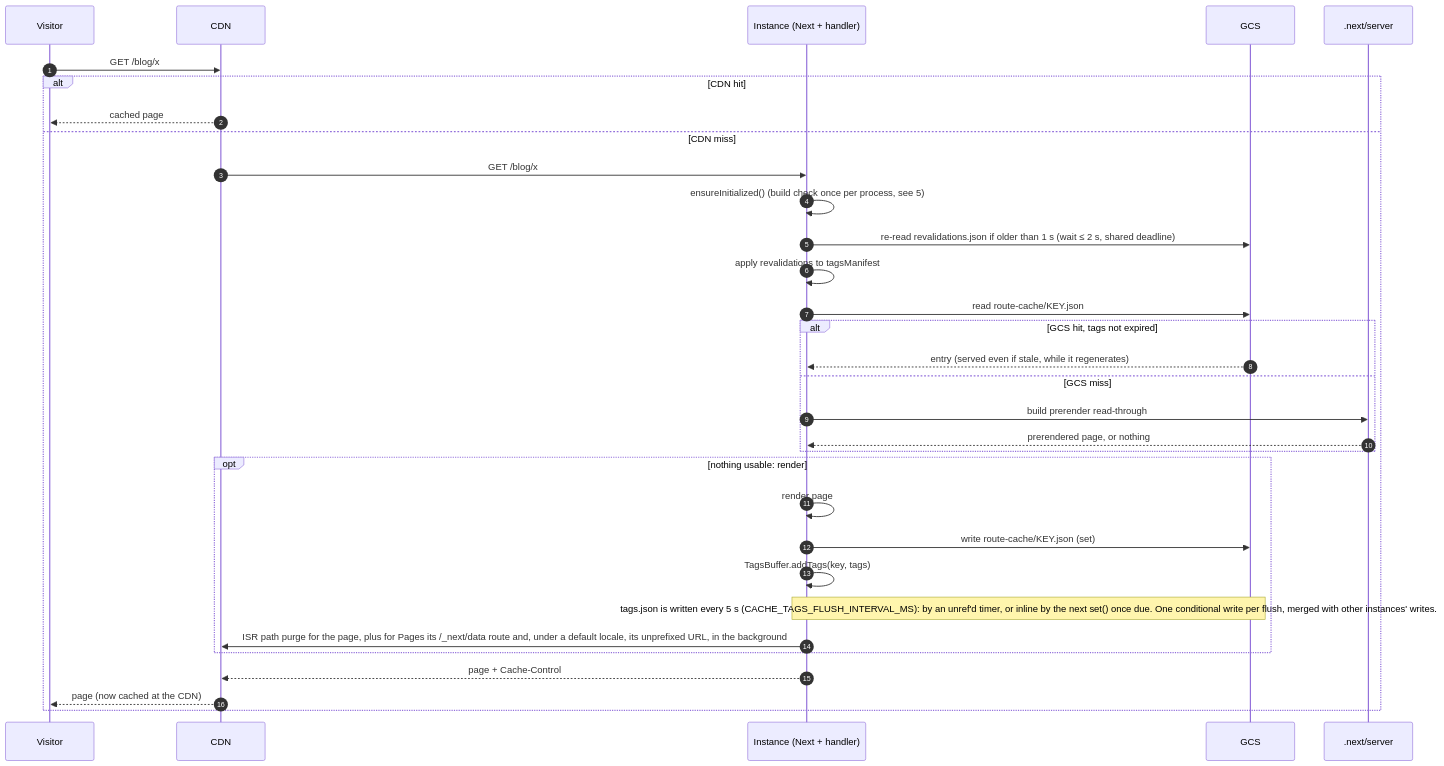
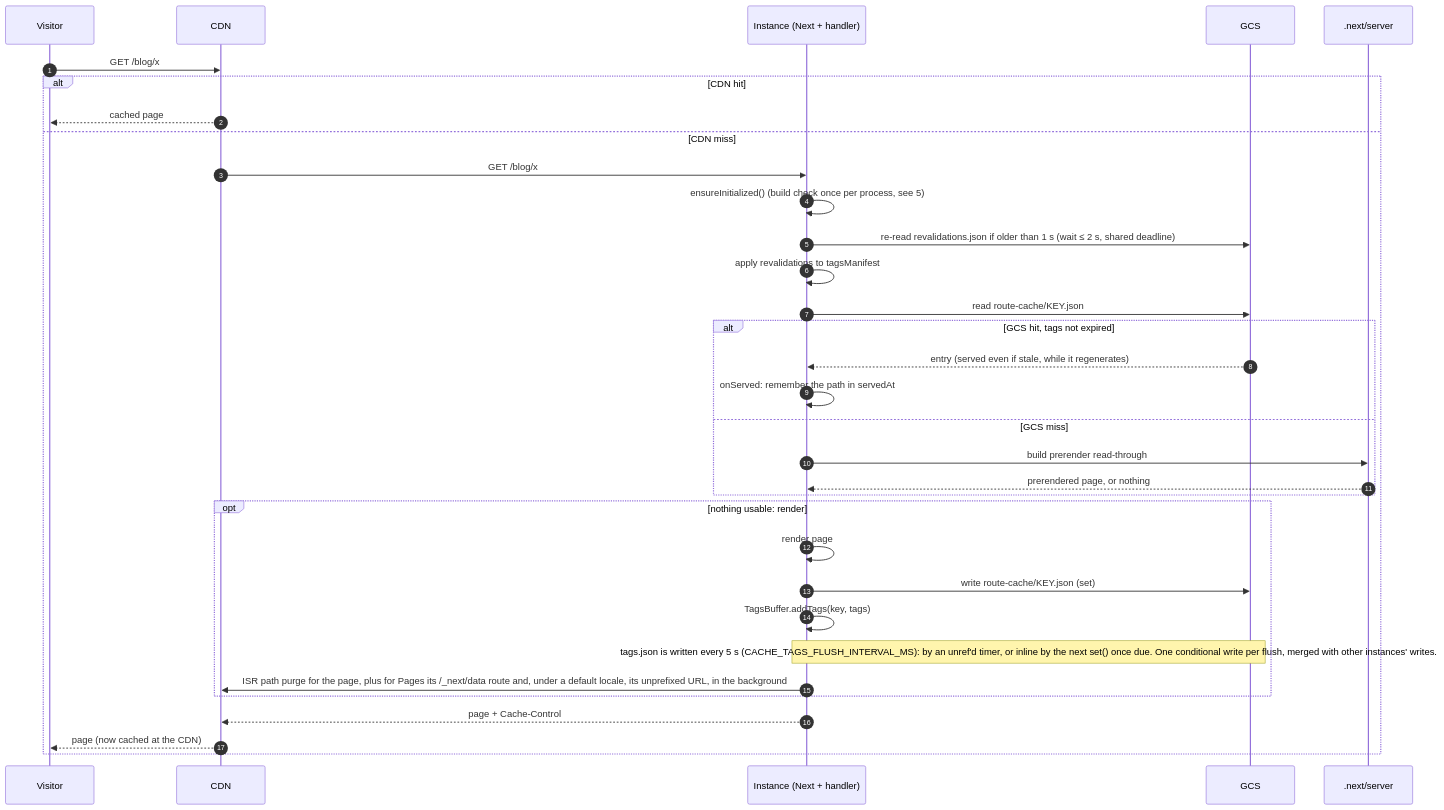
The second of 5 diagrams in ARCHITECTURE.md (pantheon-systems/nextjs-cache-handler), drawn with Mermaid before and after one commit. The commit also changed other lines of this file and 13 other files, not shown here.

````diff
--- a/ARCHITECTURE.md
+++ b/ARCHITECTURE.md
@@ -57,35 +65,36 @@
 ```mermaid
 sequenceDiagram
   autonumber
   participant V as Visitor
   participant CDN
   participant B as Instance (Next + handler)
   participant G as GCS
   participant FS as .next/server
 
   V->>CDN: GET /blog/x
   alt CDN hit
     CDN-->>V: cached page
   else CDN miss
     CDN->>B: GET /blog/x
     B->>B: ensureInitialized() (build check once per process, see 5)
     B->>G: re-read revalidations.json if older than 1 s (wait ≤ 2 s, shared deadline)
     B->>B: apply revalidations to tagsManifest
     B->>G: read route-cache/KEY.json
     alt GCS hit, tags not expired
       G-->>B: entry (served even if stale, while it regenerates)
+      B->>B: onServed: remember the path in servedAt
     else GCS miss
       B->>FS: build prerender read-through
       FS-->>B: prerendered page, or nothing
     end
     opt nothing usable: render
       B->>B: render page
       B->>G: write route-cache/KEY.json (set)
       B->>B: TagsBuffer.addTags(key, tags)
       Note over B,G: tags.json is written every 5 s (CACHE_TAGS_FLUSH_INTERVAL_MS): by an unref'd timer, or inline by the next set() once due. One conditional write per flush, merged with other instances' writes.
       B->>CDN: ISR path purge for the page, plus for Pages its /_next/data route and, under a default locale, its unprefixed URL, in the background
     end
     B-->>CDN: page + Cache-Control
     CDN-->>V: page (now cached at the CDN)
   end
 ```
````
